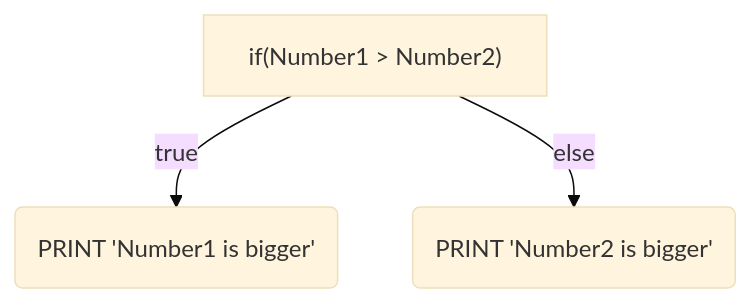
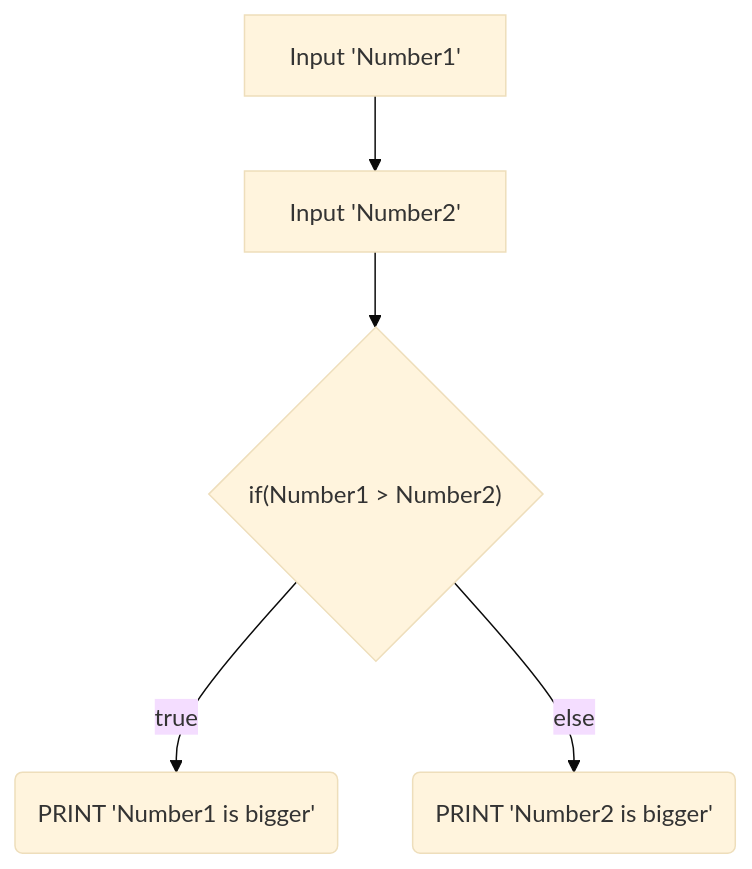
One commit to amydevs/php-assignments changed the fourth of 5 diagrams in 2binary/README.md. Above: the diagram before and after it, drawn with Mermaid (base theme). The commit also changed other lines of this file and 3 other files, not shown here.

Commit message:
updated graphs

````diff
--- a/2binary/README.md
+++ b/2binary/README.md
@@ -39,8 +39,9 @@
 ```mermaid
 graph TD
-    A["if(Number1 > Number2)"]
+	number1["Input 'Number1'"] --> number2["Input 'Number2'"] --> A
+    A{"if(Number1 > Number2)"}
     B("PRINT 'Number1 is bigger'")
     C("PRINT 'Number2 is bigger'")
     A --> |true| B
     A --> |else| C
 ```
````
